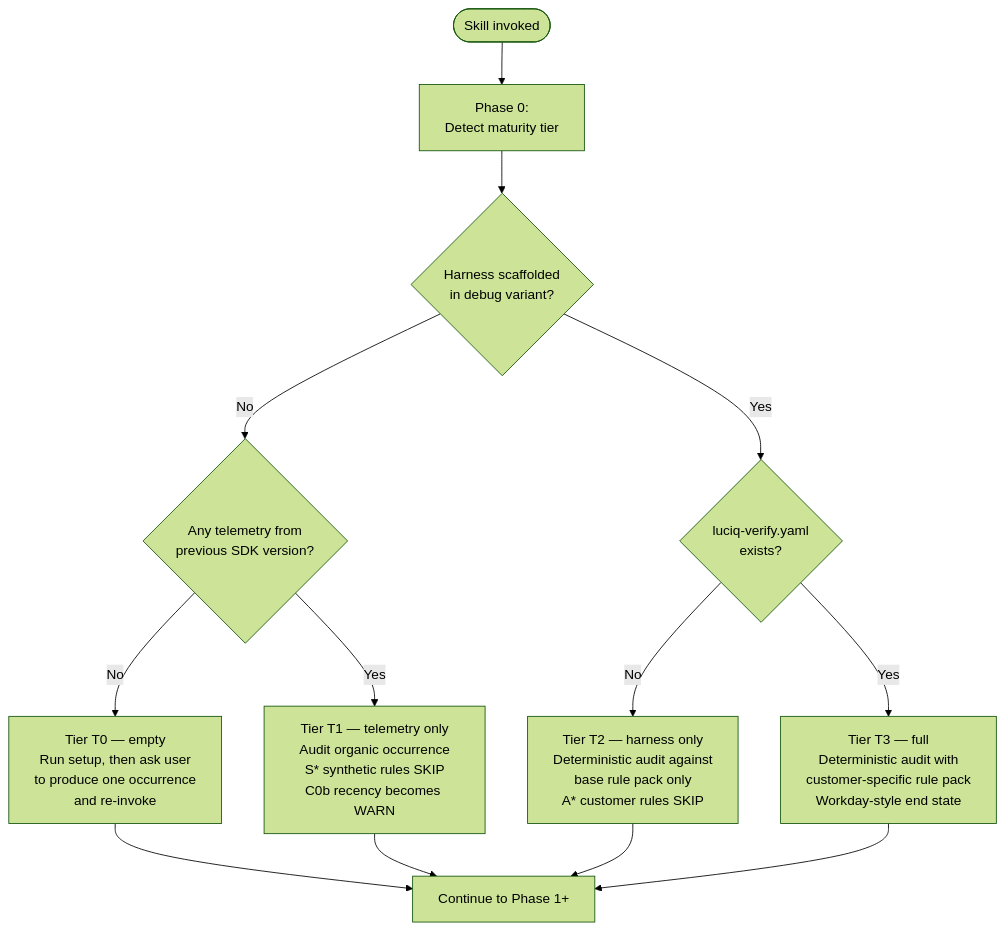
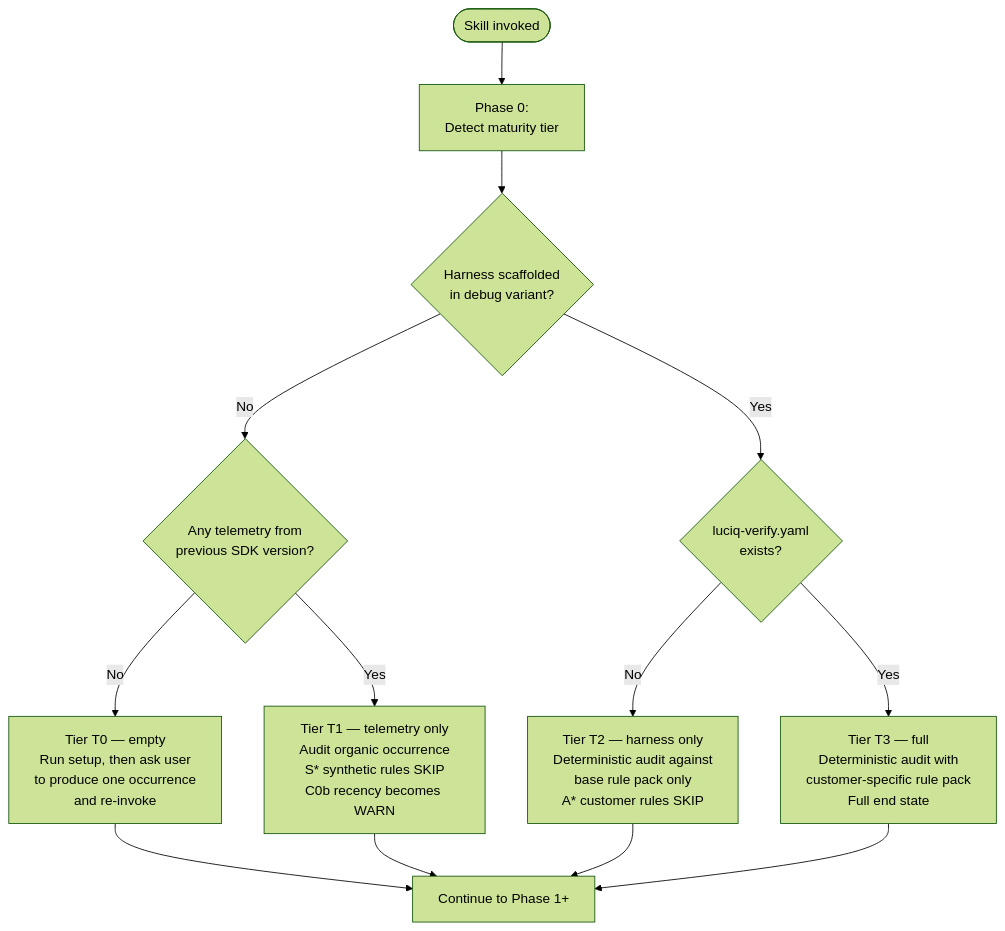
The sixth of 6 diagrams in plugins/luciq-skills/skills/luciq-verify/README.md (luciqai/agent-skills), drawn with Mermaid (forest theme) before and after one commit. The commit also changed other lines of this file and 5 other files, not shown here.

First line of the commit message:
refactor(luciq-verify): generalize worked rule-pack example

````diff
--- a/plugins/luciq-skills/skills/luciq-verify/README.md
+++ b/plugins/luciq-skills/skills/luciq-verify/README.md
@@ -233,16 +233,16 @@
 ```mermaid
 flowchart TD
     Invoke([Skill invoked]) --> Detect[Phase 0:<br/>Detect maturity tier]
     Detect --> Q1{Harness scaffolded<br/>in debug variant?}
     Q1 -->|No| Q2{Any telemetry from<br/>previous SDK version?}
     Q1 -->|Yes| Q3{luciq-verify.yaml<br/>exists?}
     Q2 -->|No| T0[Tier T0 — empty<br/>Run setup, then ask user<br/>to produce one occurrence<br/>and re-invoke]
     Q2 -->|Yes| T1[Tier T1 — telemetry only<br/>Audit organic occurrence<br/>S* synthetic rules SKIP<br/>C0b recency becomes WARN]
     Q3 -->|No| T2[Tier T2 — harness only<br/>Deterministic audit against<br/>base rule pack only<br/>A* customer rules SKIP]
-    Q3 -->|Yes| T3[Tier T3 — full<br/>Deterministic audit with<br/>customer-specific rule pack<br/>Workday-style end state]
+    Q3 -->|Yes| T3[Tier T3 — full<br/>Deterministic audit with<br/>customer-specific rule pack<br/>Full end state]
 
     T0 --> Out
     T1 --> Out
     T2 --> Out
     T3 --> Out[Continue to Phase 1+]
 ```
````
